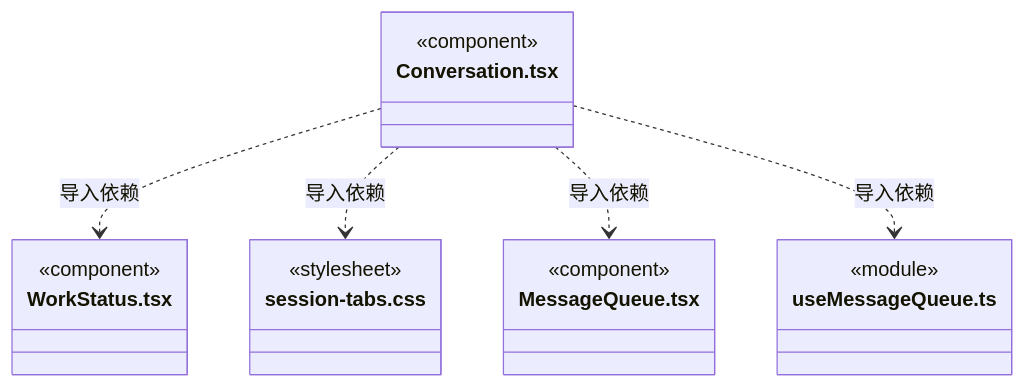
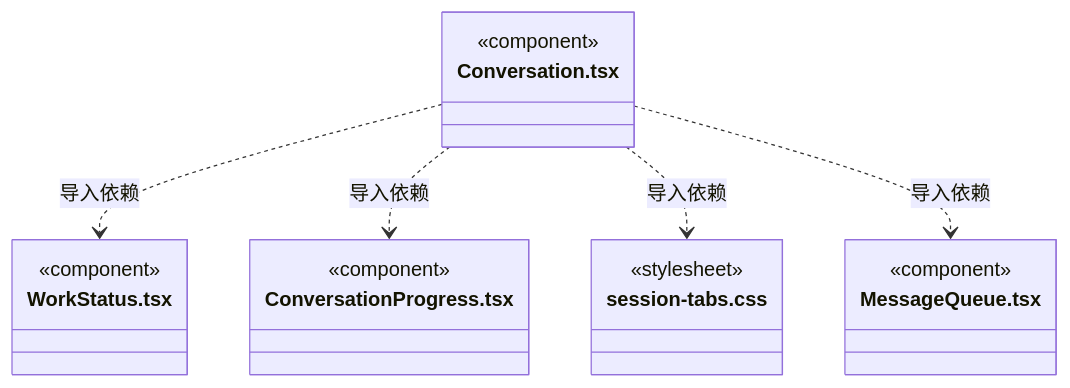
Before and after one commit to nan023062/cbim: diagram 50 of 60 in src/frontend/conversation/ARCHITECTURE.md, drawn with Mermaid. The commit also changed other lines of this file and 22 other files, not shown here.

````diff
--- a/src/frontend/conversation/ARCHITECTURE.md
+++ b/src/frontend/conversation/ARCHITECTURE.md
@@ -658,22 +722,22 @@
 ```mermaid
 classDiagram
 class N_src_frontend_conversation_Conversation_tsx["Conversation.tsx"] {
   <<component>>
 }
 class N_src_frontend_conversation_WorkStatus_tsx["WorkStatus.tsx"] {
   <<component>>
 }
+class N_src_frontend_conversation_ConversationProgress_tsx["ConversationProgress.tsx"] {
+  <<component>>
+}
 class N_src_frontend_conversation_session_tabs_css["session-tabs.css"] {
   <<stylesheet>>
 }
 class N_src_frontend_conversation_MessageQueue_tsx["MessageQueue.tsx"] {
   <<component>>
 }
-class N_src_frontend_conversation_useMessageQueue_ts["useMessageQueue.ts"] {
-  <<module>>
-}
 N_src_frontend_conversation_Conversation_tsx ..> N_src_frontend_conversation_WorkStatus_tsx : 导入依赖
+N_src_frontend_conversation_Conversation_tsx ..> N_src_frontend_conversation_ConversationProgress_tsx : 导入依赖
 N_src_frontend_conversation_Conversation_tsx ..> N_src_frontend_conversation_session_tabs_css : 导入依赖
 N_src_frontend_conversation_Conversation_tsx ..> N_src_frontend_conversation_MessageQueue_tsx : 导入依赖
-N_src_frontend_conversation_Conversation_tsx ..> N_src_frontend_conversation_useMessageQueue_ts : 导入依赖
 ```
````
